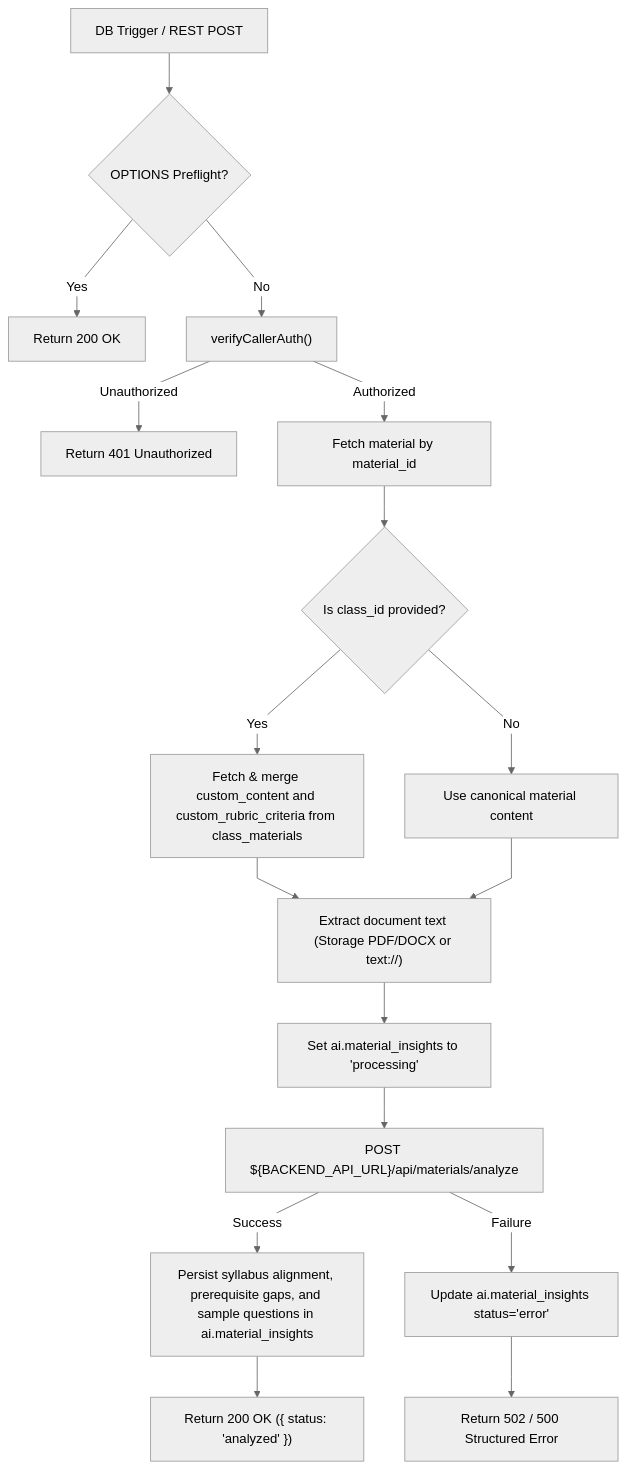
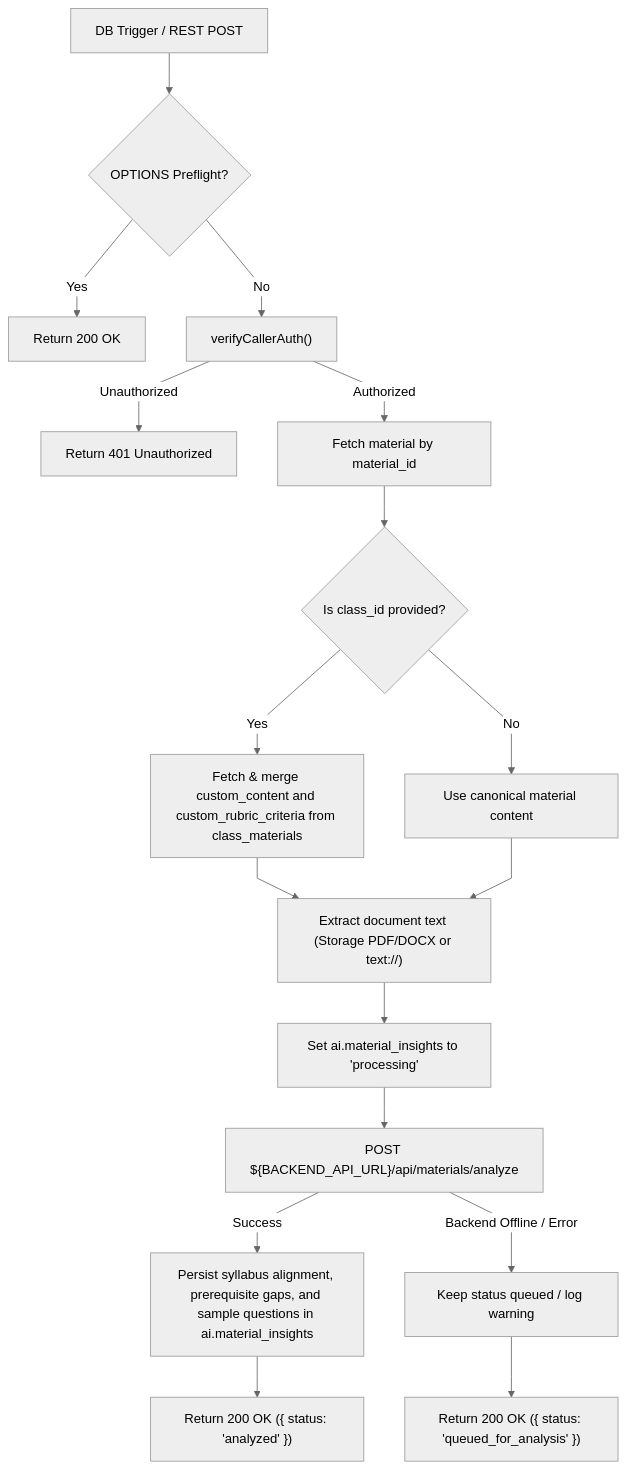
The diagram in supabase/functions/trigger-material-analysis/code.ARCH.md (VictorBravo9er/Teacher-Assistant-Workspace), drawn with Mermaid (neutral theme) before and after one commit. The commit also changed other lines of this file and 21 other files, not shown here.

````diff
--- a/supabase/functions/trigger-material-analysis/code.ARCH.md
+++ b/supabase/functions/trigger-material-analysis/code.ARCH.md
@@ -9,25 +9,25 @@
 ```mermaid
 %%{init: {'flowchart': {'curve': 'linear'}}}%%
 flowchart TD
     Req["DB Trigger / REST POST"] --> CORS{"OPTIONS Preflight?"}
     CORS -- Yes --> OK200["Return 200 OK"]
     CORS -- No --> Auth["verifyCallerAuth()"]
     
     Auth -- Unauthorized --> Err401["Return 401 Unauthorized"]
     Auth -- Authorized --> FetchMat["Fetch material by material_id"]
     
     FetchMat --> CheckCustom{"Is class_id provided?"}
     CheckCustom -- Yes --> MergeCustom["Fetch & merge custom_content and custom_rubric_criteria from class_materials"]
     CheckCustom -- No --> SkipCustom["Use canonical material content"]
     
     MergeCustom --> Extract["Extract document text (Storage PDF/DOCX or text://)"]
     SkipCustom --> Extract
     
     Extract --> MarkProc["Set ai.material_insights to 'processing'"]
     MarkProc --> CallBE["POST ${BACKEND_API_URL}/api/materials/analyze"]
     
     CallBE -- Success --> SaveInsights["Persist syllabus alignment, prerequisite gaps, and sample questions in ai.material_insights"]
-    CallBE -- Failure --> MarkErr["Update ai.material_insights status='error'"]
+    CallBE -- Backend Offline / Error --> MarkQueued["Keep status queued / log warning"]
     SaveInsights --> Return200["Return 200 OK ({ status: 'analyzed' })"]
-    MarkErr --> ReturnErr["Return 502 / 500 Structured Error"]
+    MarkQueued --> ReturnQueued["Return 200 OK ({ status: 'queued_for_analysis' })"]
 ```
````
